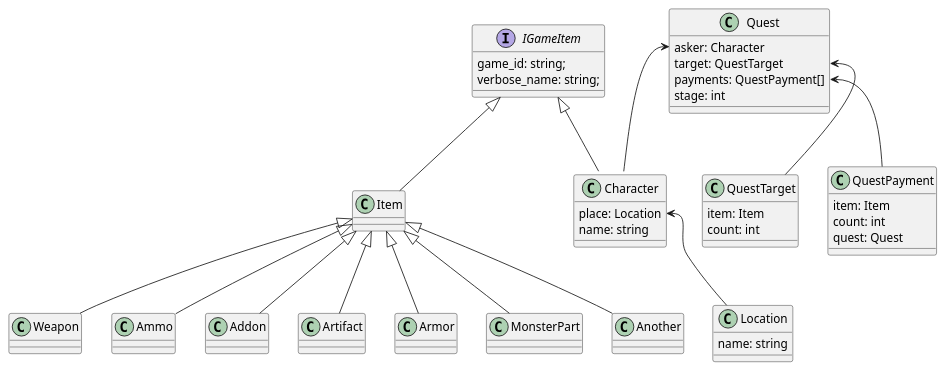
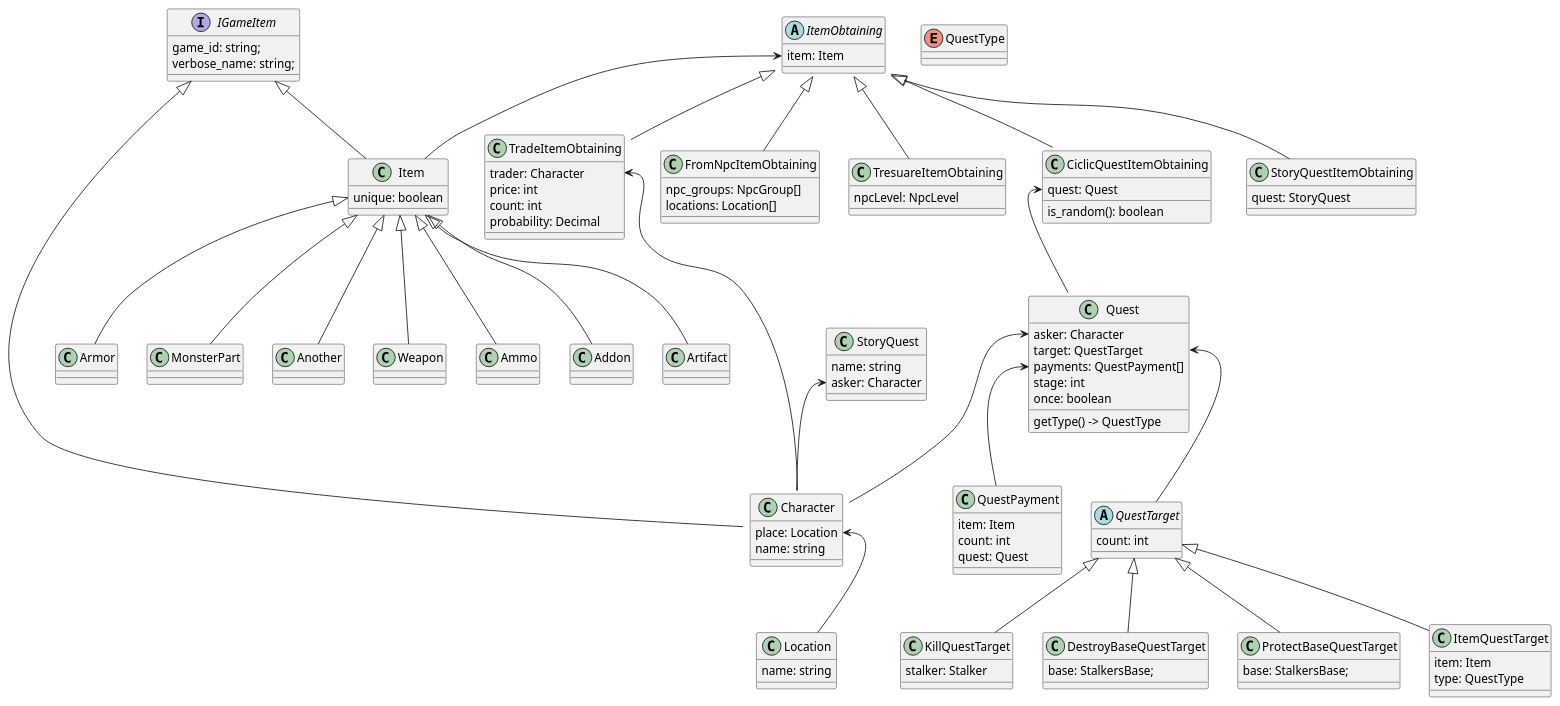
Before and after one commit to mishka251/stalker_op22_cyclic_quest_wiki: the diagram in models.puml, drawn with PlantUML.

Commit message:
Доработки схемы

```diff
--- a/models.puml
+++ b/models.puml
@@ -1,49 +1,115 @@
 @startuml
 'https://plantuml.com/class-diagram
 
 
 interface IGameItem{
     game_id: string;
     verbose_name: string;
 }
 
-class Item extends IGameItem
+class Item extends IGameItem{
+unique: boolean
+}
 class Weapon extends Item
 class Ammo extends Item
 class Addon extends Item
 class Artifact extends Item
 class Armor extends Item
 class MonsterPart extends Item
 class Another extends Item
 
 class Character extends IGameItem{
     place: Location
     name: string
 }
 
 class Location{
 name: string
 }
 
 class Quest{
     asker: Character
     target: QuestTarget
     payments: QuestPayment[]
     stage: int
+    once: boolean
+
+    getType() -> QuestType
 }
-class QuestTarget{
-    item: Item
+
+enum QuestType{}
+
+abstract  class QuestTarget{
     count: int
 }
+
+class ItemQuestTarget extends QuestTarget{
+    item: Item
+    type: QuestType
+}
+
+class KillQuestTarget extends QuestTarget{
+    stalker: Stalker
+}
+
+class DestroyBaseQuestTarget extends QuestTarget{
+    base: StalkersBase;
+}
+
+class ProtectBaseQuestTarget extends QuestTarget{
+    base: StalkersBase;
+}
+
 class QuestPayment{
     item: Item
     count: int
     quest: Quest
 }
 
 Quest::asker <-- Character
 Quest::target <-- QuestTarget
 Quest::payments <-- QuestPayment
 Character::place <-- Location
 
+abstract class ItemObtaining{
+    item: Item
+}
+
+class CiclicQuestItemObtaining extends ItemObtaining{
+    quest: Quest
+    is_random(): boolean
+}
+
+class StoryQuestItemObtaining extends ItemObtaining{
+    quest: StoryQuest
+}
+
+class TradeItemObtaining  extends ItemObtaining{
+    trader: Character
+    price: int
+    count: int
+    probability: Decimal
+}
+
+TradeItemObtaining::trader <-- Character
+
+class StoryQuest{
+    name: string
+    asker: Character
+}
+
+ItemObtaining::item <-- Item
+CiclicQuestItemObtaining::quest <-- Quest
+StoryQuest::asker <-- Character
+
+class FromNpcItemObtaining extends ItemObtaining{
+    npc_groups: NpcGroup[]
+    locations: Location[]
+}
+
+class TresuareItemObtaining extends ItemObtaining{
+    npcLevel: NpcLevel
+}
+
+
 @enduml
```
